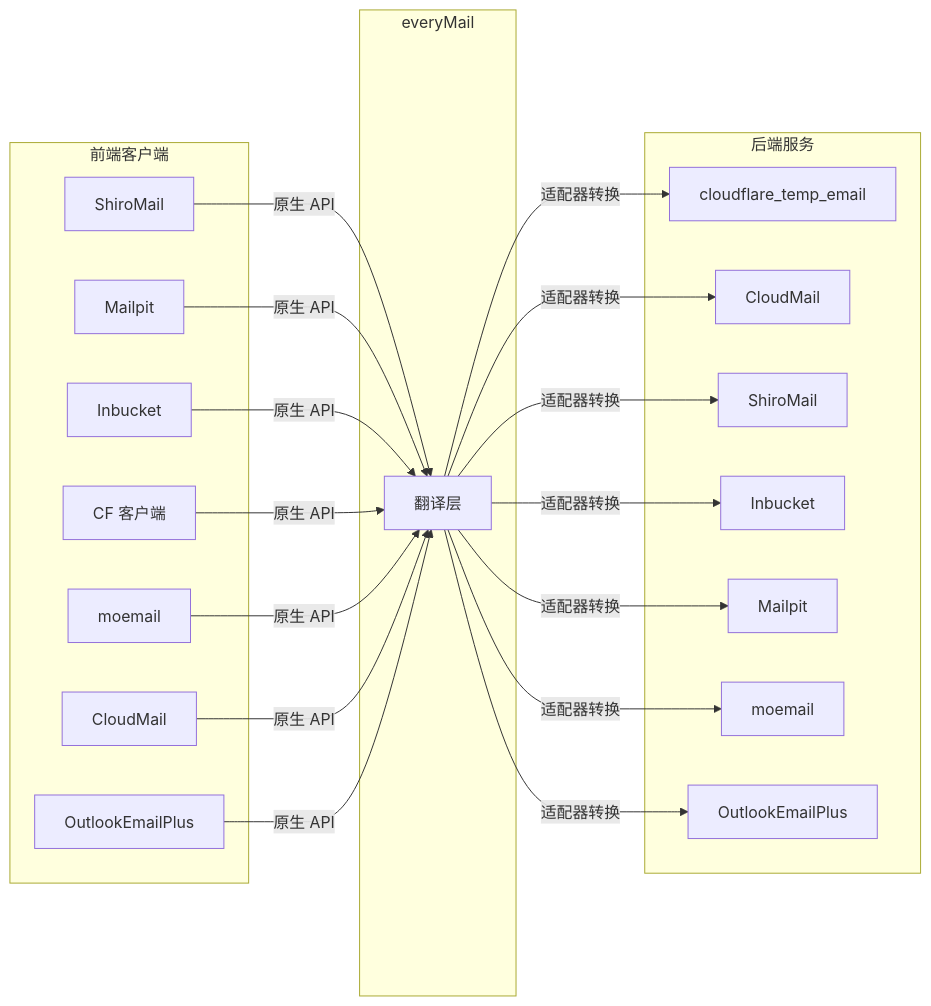
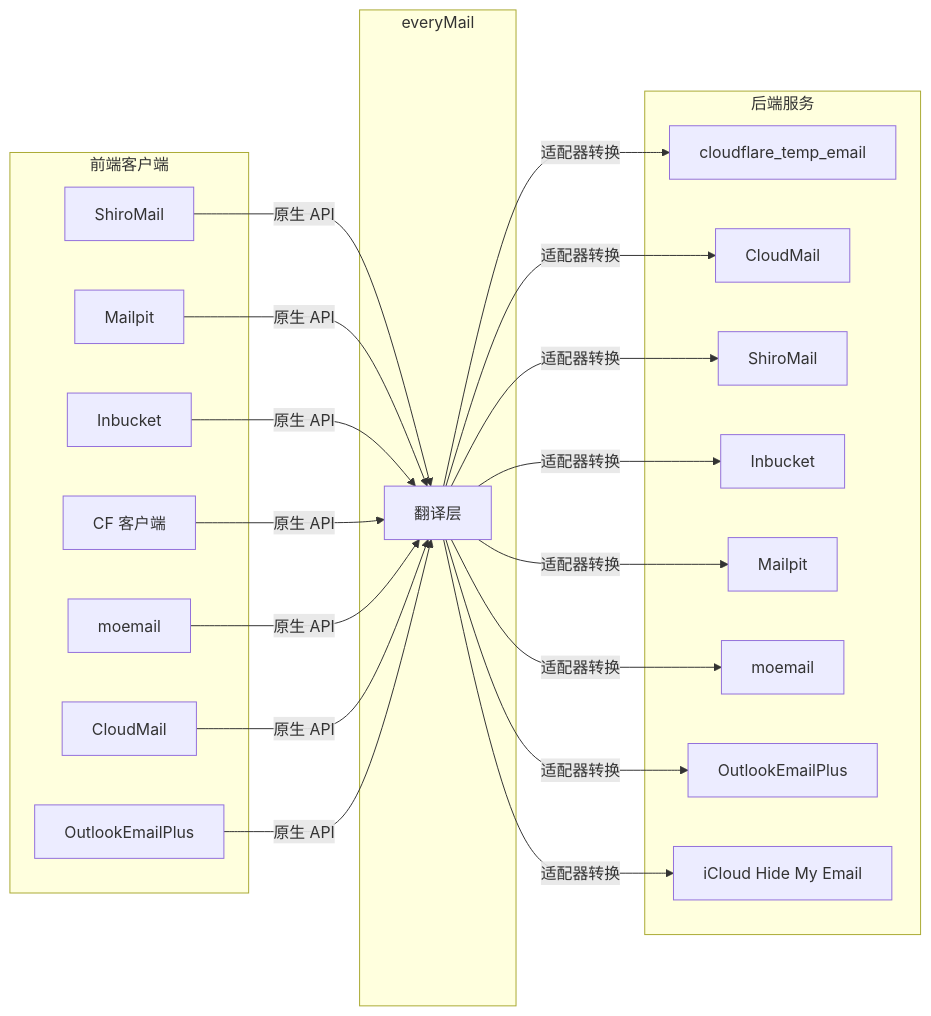
Before and after one commit to WangChuDi/everyMail: the first of 3 diagrams in README.md, drawn with Mermaid. The commit also changed other lines of this file and 2 other files, not shown here.

First line of the commit message:
docs: document iCloud Hide My Email backend

````diff
--- a/README.md
+++ b/README.md
@@ -11,29 +11,30 @@
 ```mermaid
 graph LR
     subgraph 前端客户端
         A[ShiroMail]
         B[Mailpit]
         C[Inbucket]
         D[CF 客户端]
         E[moemail]
         F[CloudMail]
         O[OutlookEmailPlus]
     end
 
     subgraph everyMail
         G[翻译层]
     end
 
     subgraph 后端服务
         H[cloudflare_temp_email]
         I[CloudMail]
         J[ShiroMail]
         K[Inbucket]
         L[Mailpit]
         M[moemail]
         N[OutlookEmailPlus]
+        P[iCloud Hide My Email]
     end
 
     A & B & C & D & E & F & O -->|原生 API| G
-    G -->|适配器转换| H & I & J & K & L & M & N
+    G -->|适配器转换| H & I & J & K & L & M & N & P
 ```
````
